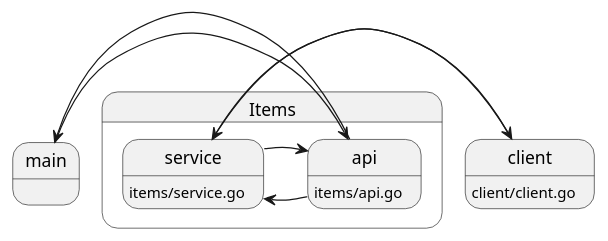
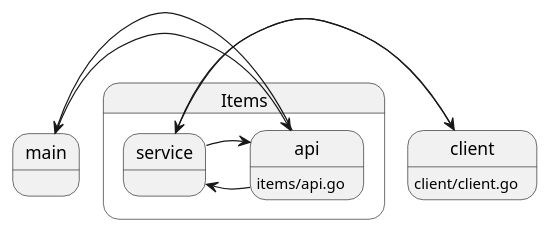
The diagram in README.md (arakkkkk/skeleton-go-api-client), drawn with PlantUML before and after one commit. The commit also changed 10 other files, not shown here.

````diff
--- a/README.md
+++ b/README.md
@@ -5,18 +5,18 @@
 ```plantuml
 @startuml
   state main
   state Items {
     state api:items/api.go
-    state service:items/service.go
+    state service
   }
   state client:client/client.go
 
   main -> api
   api -> service
   service -> client
 
   client -> service
   service -> api
   api -> main
 @enduml
 ```
````
